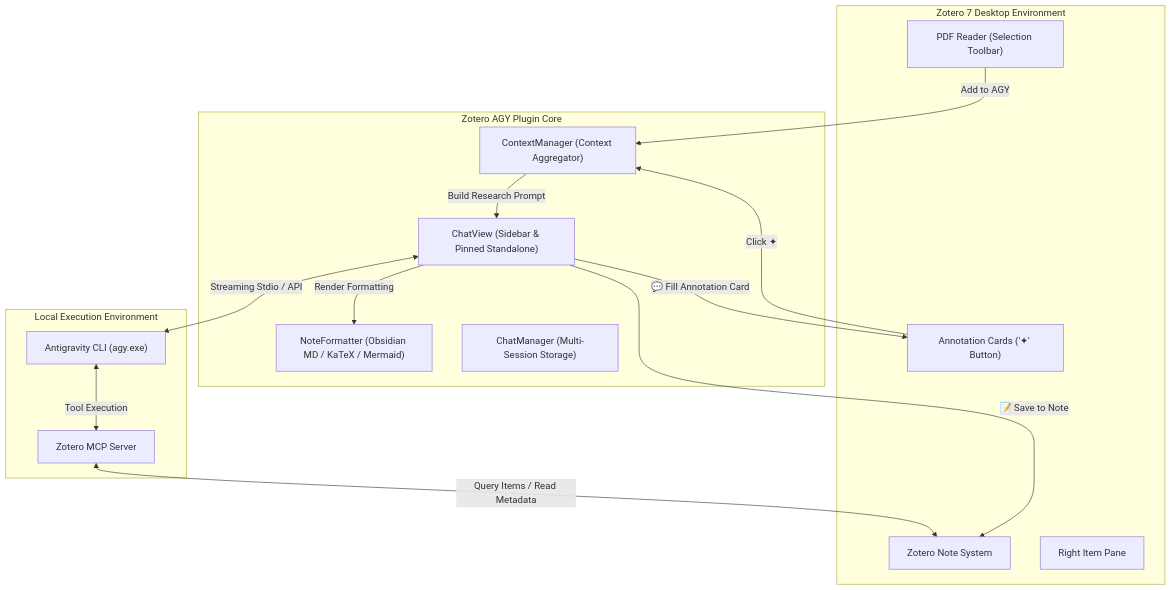
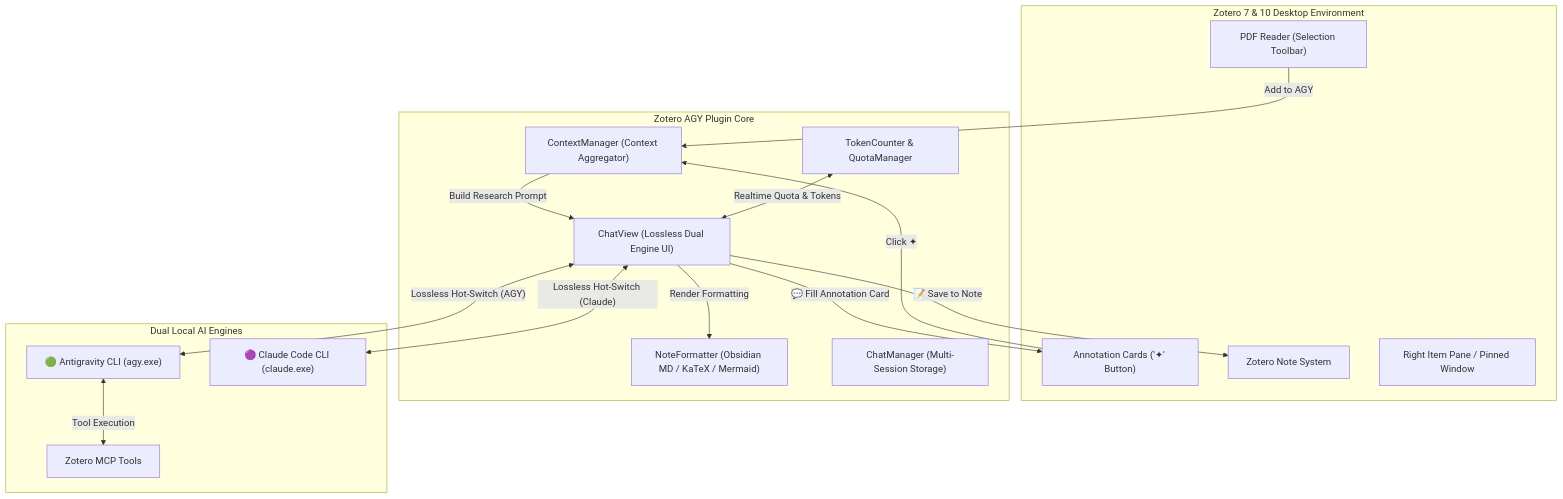
The diagram in README.md (Gty0709/ZoteroAGY), drawn with Mermaid before and after one commit. The commit also changed other lines of this file and 8 other files, not shown here.

Commit message:
feat: integrate Claude Code with lossless hot-switching, quota meters, and token tracking

````diff
--- a/README.md
+++ b/README.md
@@ -115,31 +128,34 @@
 ```mermaid
 flowchart TD
-    subgraph Zotero7["Zotero 7 Desktop Environment"]
+    subgraph Zotero7["Zotero 7 & 10 Desktop Environment"]
         PDF["PDF Reader (Selection Toolbar)"]
         AnnCard["Annotation Cards ('✦' Button)"]
         Notes["Zotero Note System"]
-        SidePane["Right Item Pane"]
+        SidePane["Right Item Pane / Pinned Window"]
     end
 
     subgraph ZoteroAGY["Zotero AGY Plugin Core"]
-        ChatView["ChatView (Sidebar & Pinned Standalone)"]
+        ChatView["ChatView (Lossless Dual Engine UI)"]
         ContextMgr["ContextManager (Context Aggregator)"]
         NoteFmt["NoteFormatter (Obsidian MD / KaTeX / Mermaid)"]
         HistoryMgr["ChatManager (Multi-Session Storage)"]
+        TokenMeter["TokenCounter & QuotaManager"]
     end
 
-    subgraph LocalBackend["Local Execution Environment"]
-        AGY["Antigravity CLI (agy.exe)"]
-        MCP["Zotero MCP Server"]
+    subgraph DualEngines["Dual Local AI Engines"]
+        AGY["🟢 Antigravity CLI (agy.exe)"]
+        Claude["🟣 Claude Code CLI (claude.exe)"]
+        MCP["Zotero MCP Tools"]
     end
 
     PDF -->|"Add to AGY"| ContextMgr
     AnnCard -->|"Click ✦"| ContextMgr
     ContextMgr -->|"Build Research Prompt"| ChatView
-    ChatView <-->|"Streaming Stdio / API"| AGY
+    TokenMeter <-->|"Realtime Quota & Tokens"| ChatView
+    ChatView <-->|"Lossless Hot-Switch (AGY)"| AGY
+    ChatView <-->|"Lossless Hot-Switch (Claude)"| Claude
     AGY <-->|"Tool Execution"| MCP
-    MCP <-->|"Query Items / Read Metadata"| Notes
     ChatView -->|"📝 Save to Note"| Notes
     ChatView -->|"💬 Fill Annotation Card"| AnnCard
     ChatView -->|"Render Formatting"| NoteFmt
 ```
````
